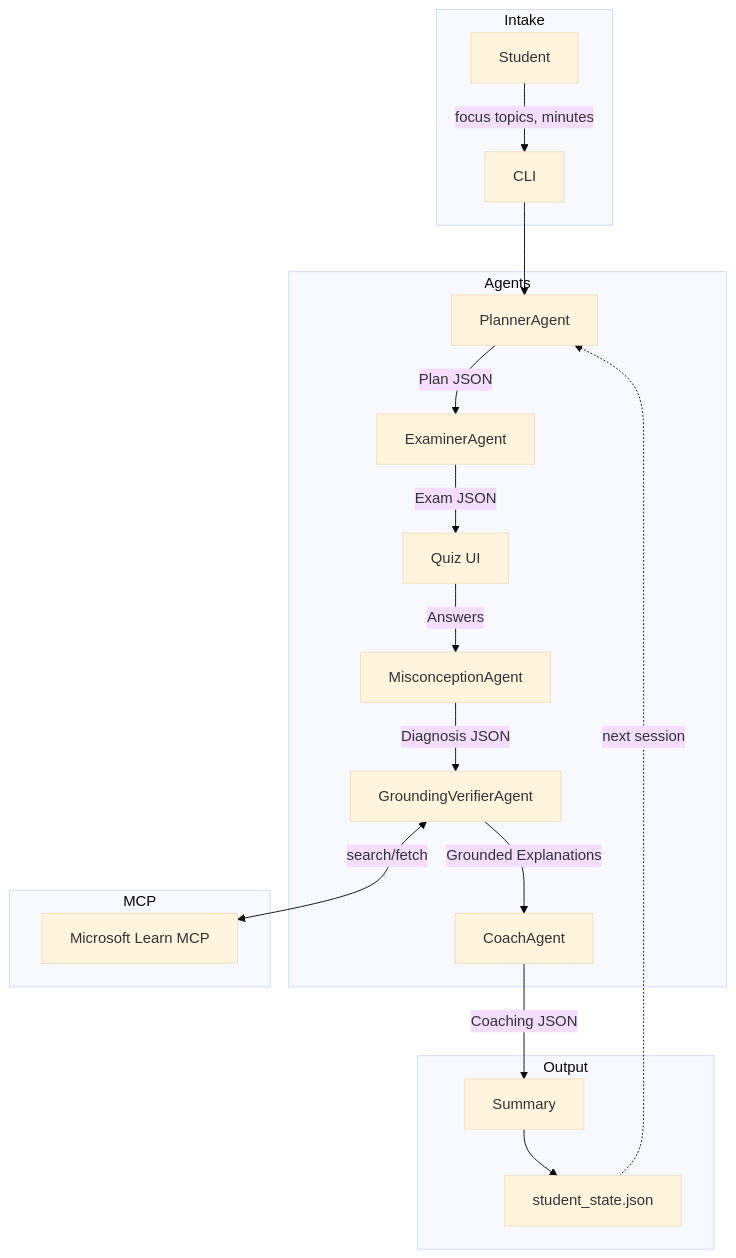
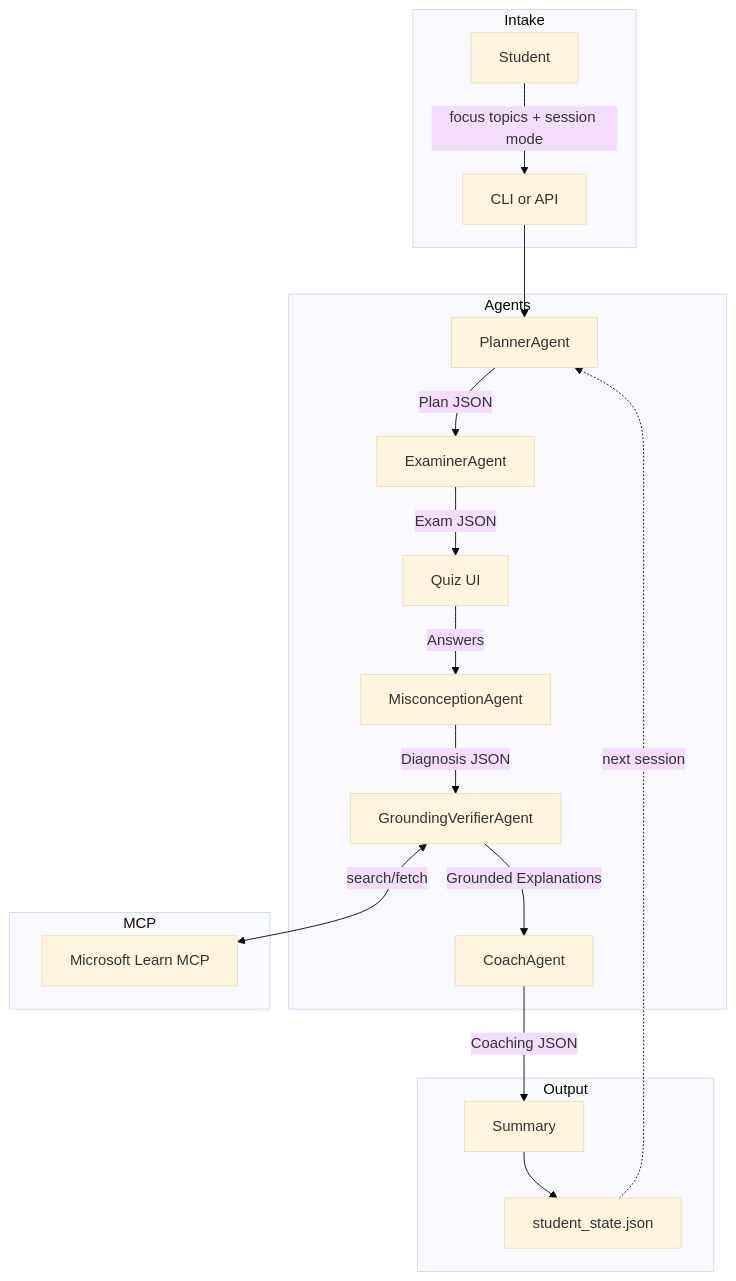
One commit to alanmaizon/reasoning-agents changed the diagram in README.md. Above: the diagram before and after it, drawn with Mermaid (base theme). The commit also changed other lines of this file and 5 other files, not shown here.

````diff
--- a/README.md
+++ b/README.md
@@ -19,22 +36,22 @@
 ```mermaid
 flowchart TB
     subgraph Intake
-        A[Student] -->|focus topics, minutes| B[CLI]
+        A[Student] -->|focus topics + session mode| B[CLI or API]
     end
     subgraph Agents
         B --> C[PlannerAgent]
         C -->|Plan JSON| D[ExaminerAgent]
         D -->|Exam JSON| E[Quiz UI]
         E -->|Answers| F[MisconceptionAgent]
         F -->|Diagnosis JSON| G[GroundingVerifierAgent]
         G -->|Grounded Explanations| H[CoachAgent]
     end
     subgraph MCP
         G <-->|search/fetch| I[Microsoft Learn MCP]
     end
     subgraph Output
         H -->|Coaching JSON| J[Summary]
         J --> K[student_state.json]
     end
     K -.->|next session| C
 ```
````
